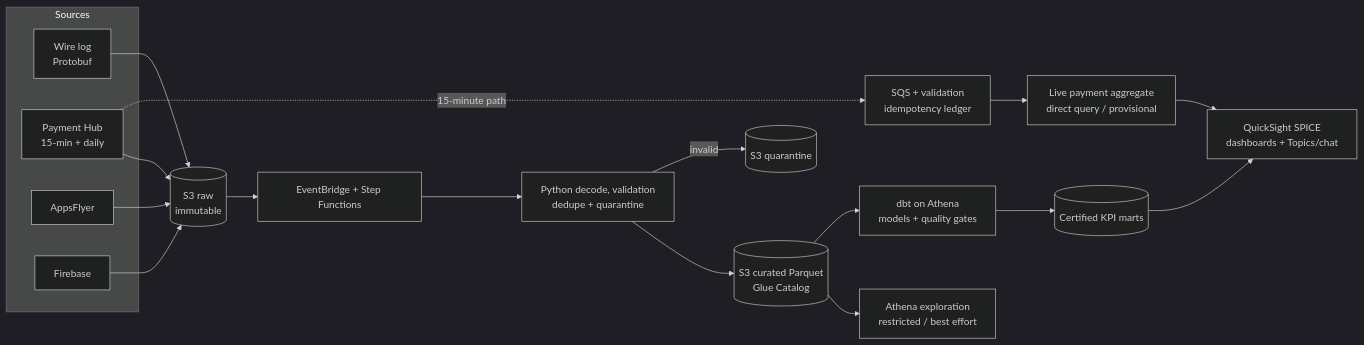
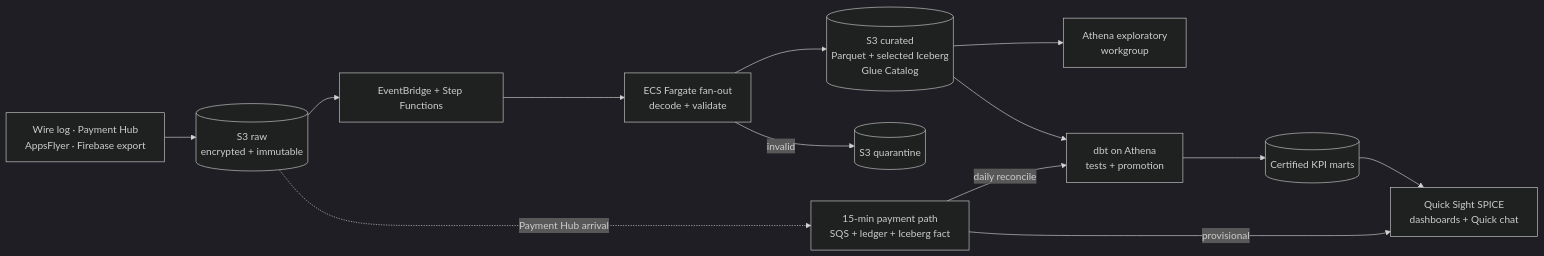
The diagram in docs/architecture_proposal.md (ouverz/game_analytics), drawn with Mermaid (dark theme) before and after one commit. The commit also changed other lines of this file and 3 other files, not shown here.

Commit message:
Expand architecture and data operations documentation

````diff
--- a/docs/architecture_proposal.md
+++ b/docs/architecture_proposal.md
@@ -12,30 +10,22 @@
 ```mermaid
 flowchart LR
-  subgraph Sources
-    W[Wire log<br/>Protobuf]
-    P[Payment Hub<br/>15-min + daily]
-    A[AppsFlyer]
-    F[Firebase]
-  end
-  R[(S3 raw<br/>immutable)]
+  S[Wire log · Payment Hub<br/>AppsFlyer · Firebase export]
+  R[(S3 raw<br/>encrypted + immutable)]
   O[EventBridge + Step Functions]
-  V[Python decode, validation<br/>dedupe + quarantine]
-  C[(S3 curated Parquet<br/>Glue Catalog)]
-  B[(S3 quarantine)]
-  E[Athena exploration<br/>restricted / best effort]
-  D[dbt on Athena<br/>models + quality gates]
-  G[(Certified KPI marts)]
-  Q[QuickSight SPICE<br/>dashboards + Topics/chat]
-  L[SQS + validation<br/>idempotency ledger]
-  X[Live payment aggregate<br/>direct query / provisional]
+  T[ECS Fargate fan-out<br/>decode + validate]
+  C[(S3 curated<br/>Parquet + selected Iceberg<br/>Glue Catalog)]
+  X[(S3 quarantine)]
+  E[Athena exploratory<br/>workgroup]
+  D[dbt on Athena<br/>tests + promotion]
+  M[(Certified KPI marts)]
+  Q[Quick Sight SPICE<br/>dashboards + Quick chat]
+  P[15-min payment path<br/>SQS + ledger + Iceberg fact]
 
-  W --> R
-  P --> R
-  A --> R
-  F --> R
-  R --> O --> V --> C
-  V -->|invalid| B
+  S --> R --> O --> T
+  T --> C
+  T -->|invalid| X
   C --> E
-  C --> D --> G --> Q
-  P -. 15-minute path .-> L --> X --> Q
+  C --> D --> M --> Q
+  R -. Payment Hub arrival .-> P -->|provisional| Q
+  P -->|daily reconcile| D
 ```
````
